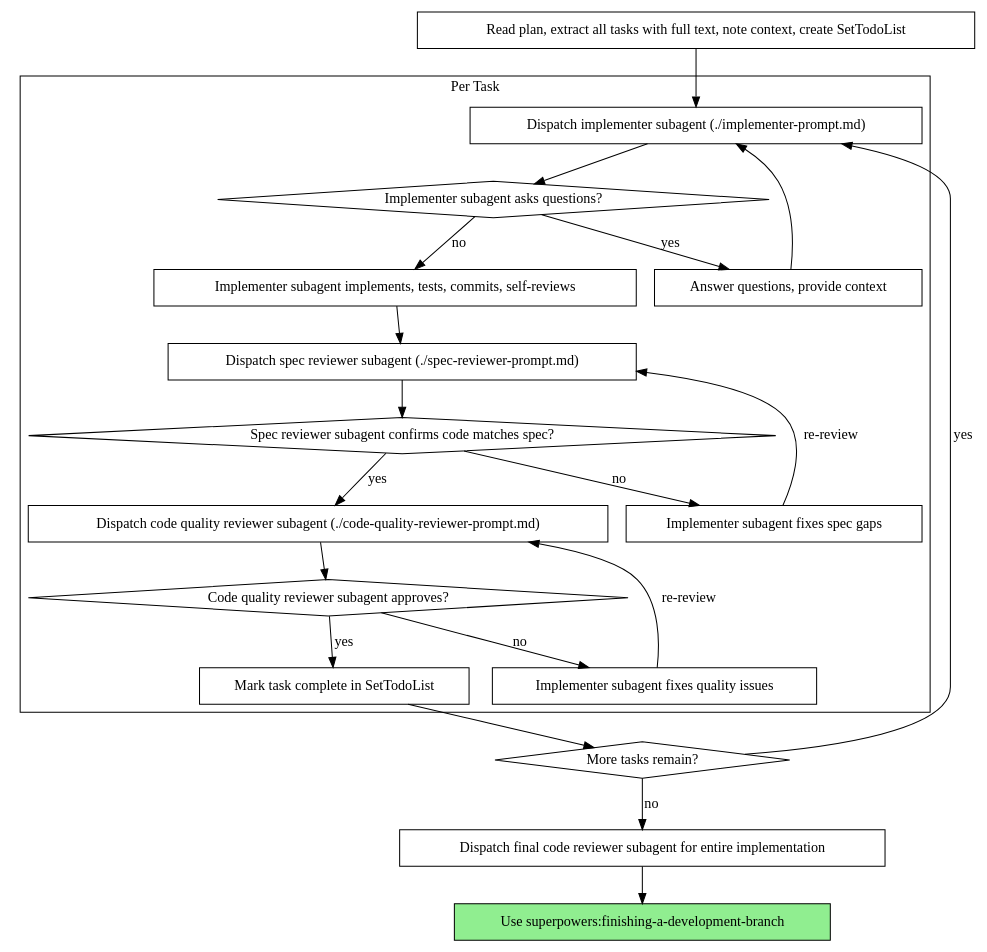
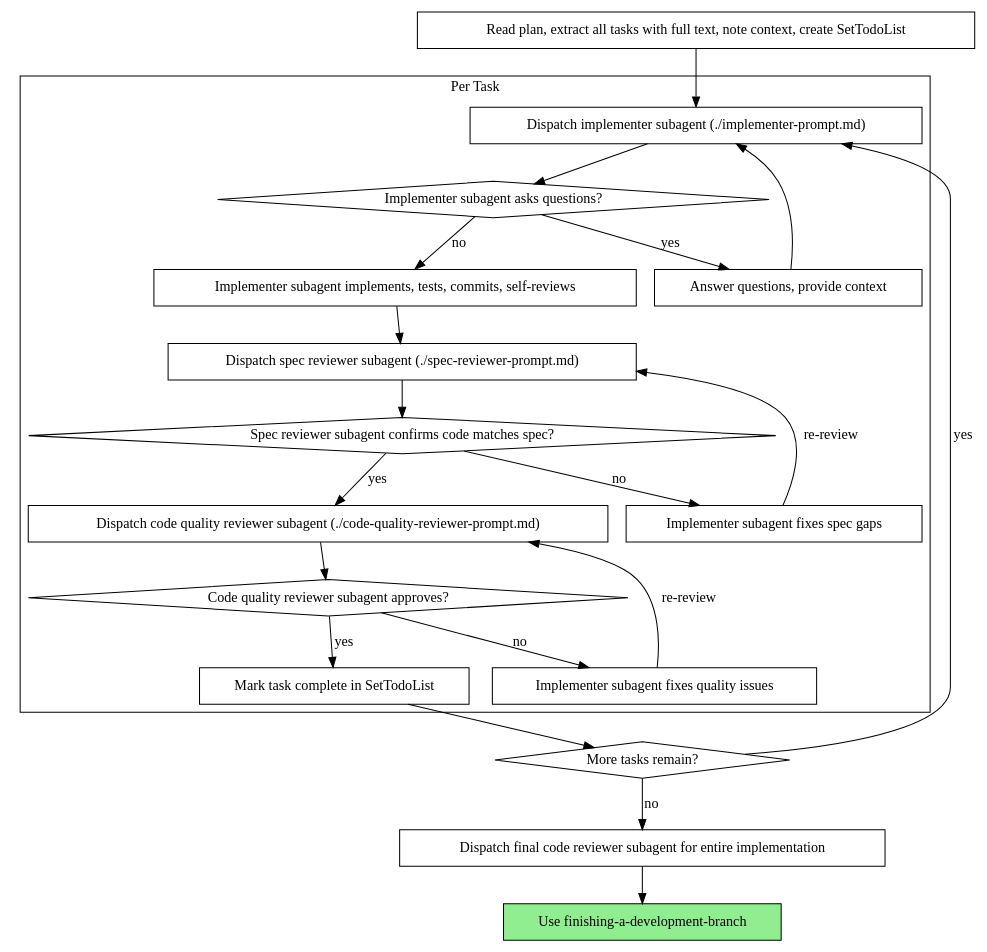
Before and after one commit to WingfyLyu/superpowers-kimi: the second of 2 diagrams in skills/subagent-driven-development/SKILL.md, drawn with Graphviz. The commit also changed other lines of this file and 7 other files, not shown here.

````diff
--- a/skills/subagent-driven-development/SKILL.md
+++ b/skills/subagent-driven-development/SKILL.md
@@ -44,44 +44,44 @@
 ```dot
 digraph process {
     rankdir=TB;
 
     subgraph cluster_per_task {
         label="Per Task";
         "Dispatch implementer subagent (./implementer-prompt.md)" [shape=box];
         "Implementer subagent asks questions?" [shape=diamond];
         "Answer questions, provide context" [shape=box];
         "Implementer subagent implements, tests, commits, self-reviews" [shape=box];
         "Dispatch spec reviewer subagent (./spec-reviewer-prompt.md)" [shape=box];
         "Spec reviewer subagent confirms code matches spec?" [shape=diamond];
         "Implementer subagent fixes spec gaps" [shape=box];
         "Dispatch code quality reviewer subagent (./code-quality-reviewer-prompt.md)" [shape=box];
         "Code quality reviewer subagent approves?" [shape=diamond];
         "Implementer subagent fixes quality issues" [shape=box];
         "Mark task complete in SetTodoList" [shape=box];
     }
 
     "Read plan, extract all tasks with full text, note context, create SetTodoList" [shape=box];
     "More tasks remain?" [shape=diamond];
     "Dispatch final code reviewer subagent for entire implementation" [shape=box];
-    "Use superpowers:finishing-a-development-branch" [shape=box style=filled fillcolor=lightgreen];
+    "Use finishing-a-development-branch" [shape=box style=filled fillcolor=lightgreen];
 
     "Read plan, extract all tasks with full text, note context, create SetTodoList" -> "Dispatch implementer subagent (./implementer-prompt.md)";
     "Dispatch implementer subagent (./implementer-prompt.md)" -> "Implementer subagent asks questions?";
     "Implementer subagent asks questions?" -> "Answer questions, provide context" [label="yes"];
     "Answer questions, provide context" -> "Dispatch implementer subagent (./implementer-prompt.md)";
     "Implementer subagent asks questions?" -> "Implementer subagent implements, tests, commits, self-reviews" [label="no"];
     "Implementer subagent implements, tests, commits, self-reviews" -> "Dispatch spec reviewer subagent (./spec-reviewer-prompt.md)";
     "Dispatch spec reviewer subagent (./spec-reviewer-prompt.md)" -> "Spec reviewer subagent confirms code matches spec?";
     "Spec reviewer subagent confirms code matches spec?" -> "Implementer subagent fixes spec gaps" [label="no"];
     "Implementer subagent fixes spec gaps" -> "Dispatch spec reviewer subagent (./spec-reviewer-prompt.md)" [label="re-review"];
     "Spec reviewer subagent confirms code matches spec?" -> "Dispatch code quality reviewer subagent (./code-quality-reviewer-prompt.md)" [label="yes"];
     "Dispatch code quality reviewer subagent (./code-quality-reviewer-prompt.md)" -> "Code quality reviewer subagent approves?";
     "Code quality reviewer subagent approves?" -> "Implementer subagent fixes quality issues" [label="no"];
     "Implementer subagent fixes quality issues" -> "Dispatch code quality reviewer subagent (./code-quality-reviewer-prompt.md)" [label="re-review"];
     "Code quality reviewer subagent approves?" -> "Mark task complete in SetTodoList" [label="yes"];
     "Mark task complete in SetTodoList" -> "More tasks remain?";
     "More tasks remain?" -> "Dispatch implementer subagent (./implementer-prompt.md)" [label="yes"];
     "More tasks remain?" -> "Dispatch final code reviewer subagent for entire implementation" [label="no"];
-    "Dispatch final code reviewer subagent for entire implementation" -> "Use superpowers:finishing-a-development-branch";
+    "Dispatch final code reviewer subagent for entire implementation" -> "Use finishing-a-development-branch";
 }
 ```
````
